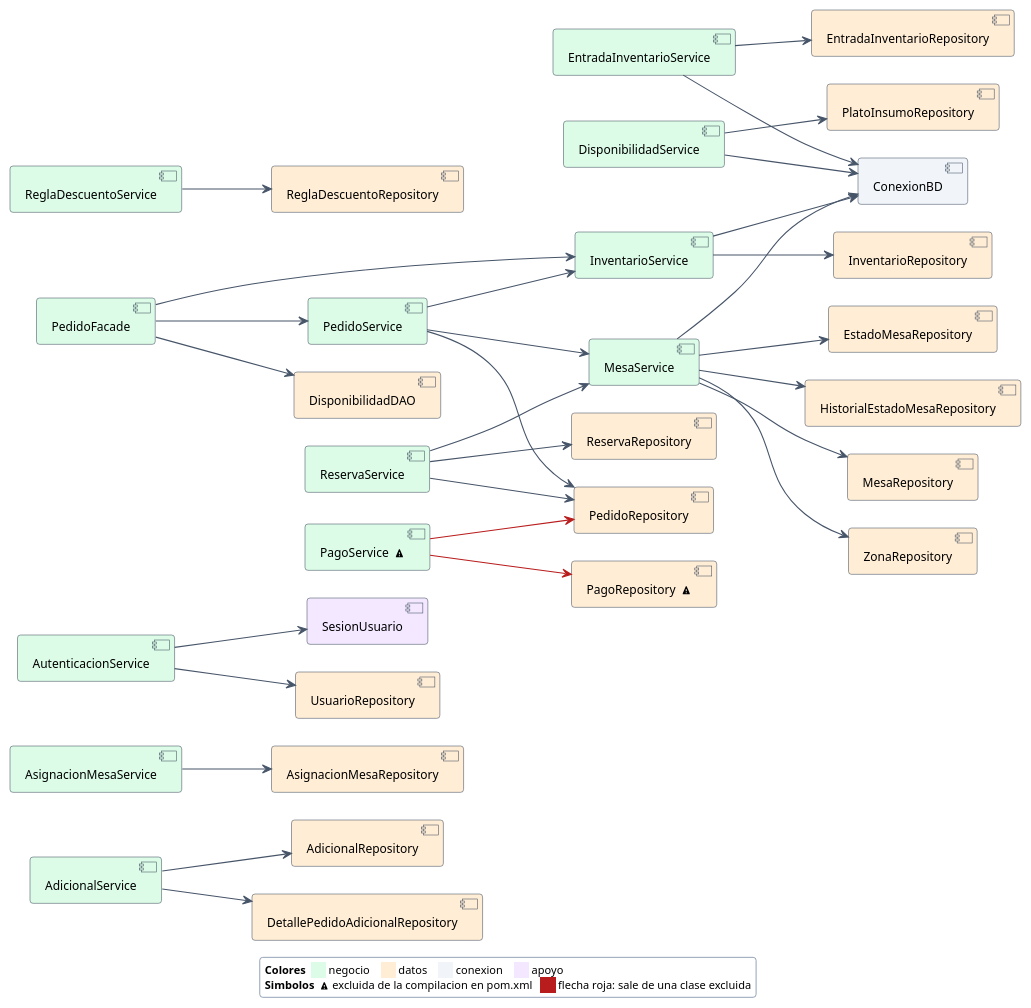
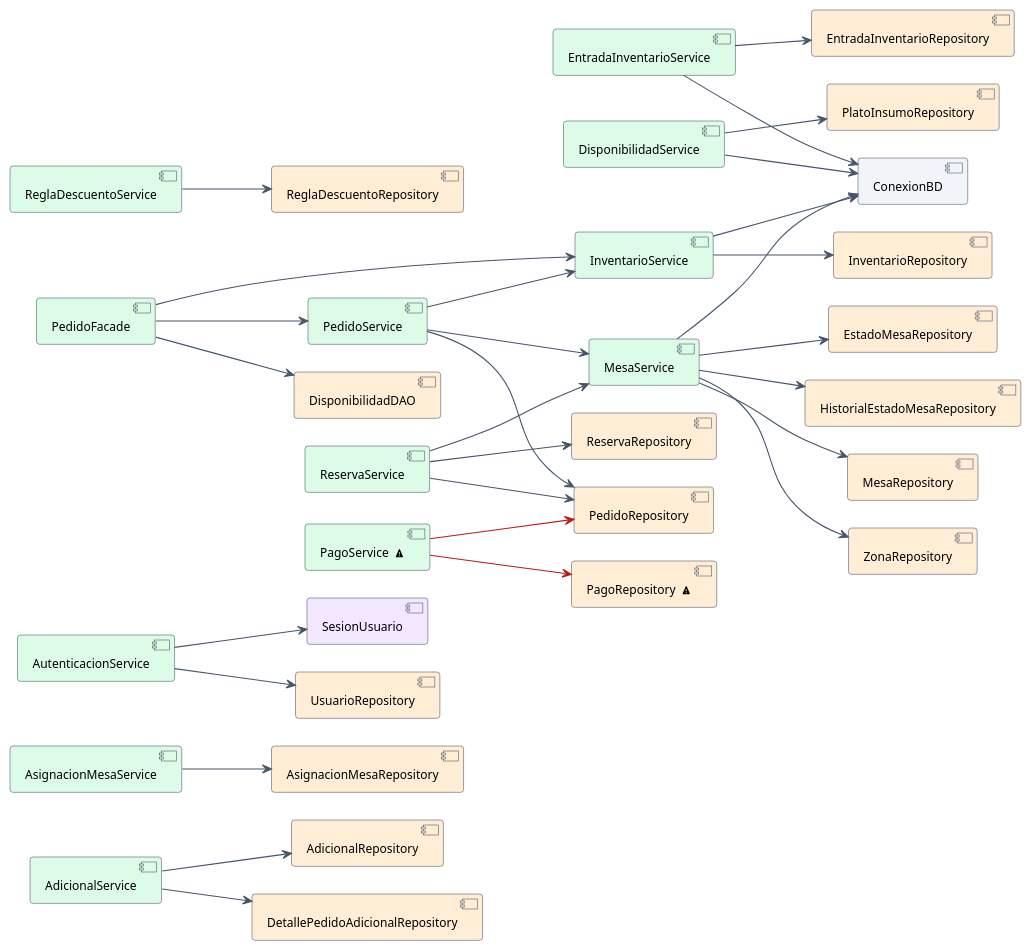
Before and after one commit to puj-course/FIS_2630_1204_G2: the diagram in docs/diagramas-fuente/DiagramaComponentes_S3_Negocio.puml, drawn with PlantUML. The commit also changed 6 other files, not shown here.

```diff
--- a/docs/diagramas-fuente/DiagramaComponentes_S3_Negocio.puml
+++ b/docs/diagramas-fuente/DiagramaComponentes_S3_Negocio.puml
@@ -1,83 +1,79 @@
 @startuml
 left to right direction
 skinparam backgroundColor #FFFFFF
 skinparam shadowing false
 skinparam defaultFontName Helvetica
 skinparam roundCorner 6
 skinparam nodesep 28
 skinparam ranksep 70
 skinparam ArrowColor #475569
 skinparam ArrowFontSize 11
 skinparam ArrowThickness 1.1
 skinparam PackageBorderColor #94A3B8
 skinparam PackageFontStyle bold
 skinparam PackageFontSize 13
 skinparam ComponentBackgroundColor #FFFFFF
 skinparam ComponentFontSize 12
 skinparam ComponentBorderColor #334155
 skinparam legendBackgroundColor #FFFFFF
 skinparam legendBorderColor #94A3B8
 skinparam legendFontSize 11
   component "AdicionalService" as c_AdicionalService #DCFCE7
   component "AsignacionMesaService" as c_AsignacionMesaService #DCFCE7
   component "AutenticacionService" as c_AutenticacionService #DCFCE7
   component "DisponibilidadService" as c_DisponibilidadService #DCFCE7
   component "EntradaInventarioService" as c_EntradaInventarioService #DCFCE7
   component "InventarioService" as c_InventarioService #DCFCE7
   component "MesaService" as c_MesaService #DCFCE7
   component "PagoService  <&warning>" as c_PagoService #DCFCE7
   component "PedidoFacade" as c_PedidoFacade #DCFCE7
   component "PedidoService" as c_PedidoService #DCFCE7
   component "ReglaDescuentoService" as c_ReglaDescuentoService #DCFCE7
   component "ReservaService" as c_ReservaService #DCFCE7
   component "AdicionalRepository" as c_AdicionalRepository #FFEDD5
   component "DetallePedidoAdicionalRepository" as c_DetallePedidoAdicionalRepository #FFEDD5
   component "AsignacionMesaRepository" as c_AsignacionMesaRepository #FFEDD5
   component "SesionUsuario" as c_SesionUsuario #F3E8FF
   component "UsuarioRepository" as c_UsuarioRepository #FFEDD5
   component "ConexionBD" as c_ConexionBD #F1F5F9
   component "PlatoInsumoRepository" as c_PlatoInsumoRepository #FFEDD5
   component "EntradaInventarioRepository" as c_EntradaInventarioRepository #FFEDD5
   component "InventarioRepository" as c_InventarioRepository #FFEDD5
   component "EstadoMesaRepository" as c_EstadoMesaRepository #FFEDD5
   component "HistorialEstadoMesaRepository" as c_HistorialEstadoMesaRepository #FFEDD5
   component "MesaRepository" as c_MesaRepository #FFEDD5
   component "ZonaRepository" as c_ZonaRepository #FFEDD5
   component "PagoRepository  <&warning>" as c_PagoRepository #FFEDD5
   component "PedidoRepository" as c_PedidoRepository #FFEDD5
   component "DisponibilidadDAO" as c_DisponibilidadDAO #FFEDD5
   component "ReglaDescuentoRepository" as c_ReglaDescuentoRepository #FFEDD5
   component "ReservaRepository" as c_ReservaRepository #FFEDD5
 c_AdicionalService -[#475569]-> c_AdicionalRepository
 c_AdicionalService -[#475569]-> c_DetallePedidoAdicionalRepository
 c_AsignacionMesaService -[#475569]-> c_AsignacionMesaRepository
 c_AutenticacionService -[#475569]-> c_SesionUsuario
 c_AutenticacionService -[#475569]-> c_UsuarioRepository
 c_DisponibilidadService -[#475569]-> c_ConexionBD
 c_DisponibilidadService -[#475569]-> c_PlatoInsumoRepository
 c_EntradaInventarioService -[#475569]-> c_ConexionBD
 c_EntradaInventarioService -[#475569]-> c_EntradaInventarioRepository
 c_InventarioService -[#475569]-> c_ConexionBD
 c_InventarioService -[#475569]-> c_InventarioRepository
 c_MesaService -[#475569]-> c_ConexionBD
 c_MesaService -[#475569]-> c_EstadoMesaRepository
 c_MesaService -[#475569]-> c_HistorialEstadoMesaRepository
 c_MesaService -[#475569]-> c_MesaRepository
 c_MesaService -[#475569]-> c_ZonaRepository
 c_PagoService -[#B91C1C]-> c_PagoRepository
 c_PagoService -[#B91C1C]-> c_PedidoRepository
 c_PedidoFacade -[#475569]-> c_DisponibilidadDAO
 c_PedidoFacade -[#475569]-> c_InventarioService
 c_PedidoFacade -[#475569]-> c_PedidoService
 c_PedidoService -[#475569]-> c_InventarioService
 c_PedidoService -[#475569]-> c_MesaService
 c_PedidoService -[#475569]-> c_PedidoRepository
 c_ReglaDescuentoService -[#475569]-> c_ReglaDescuentoRepository
 c_ReservaService -[#475569]-> c_MesaService
 c_ReservaService -[#475569]-> c_PedidoRepository
 c_ReservaService -[#475569]-> c_ReservaRepository
-legend bottom
-<b>Colores</b>  <back:#DCFCE7>     </back> negocio    <back:#FFEDD5>     </back> datos    <back:#F1F5F9>     </back> conexion    <back:#F3E8FF>     </back> apoyo
-<b>Simbolos</b>  <&warning> excluida de la compilacion en pom.xml   <back:#B91C1C>     </back> flecha roja: sale de una clase excluida
-endlegend
 @enduml
```
